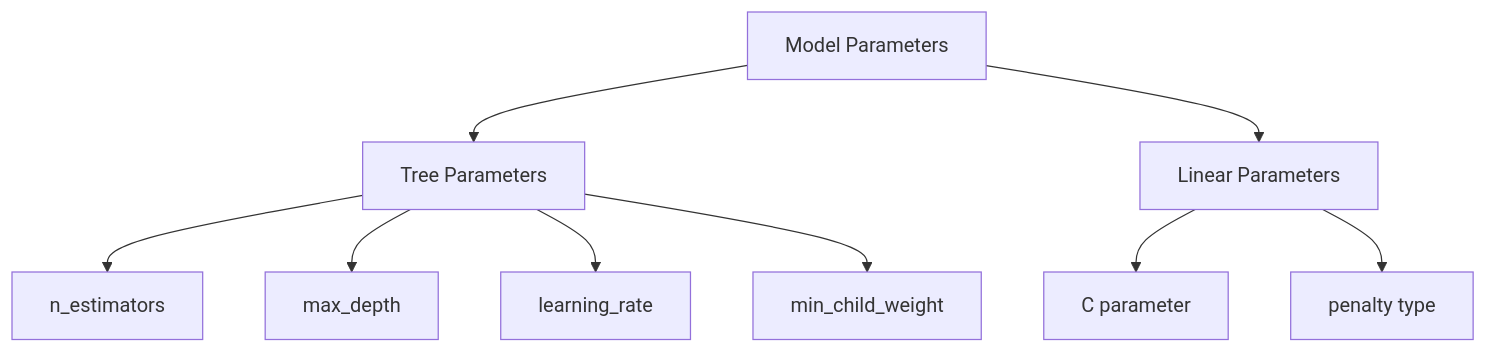
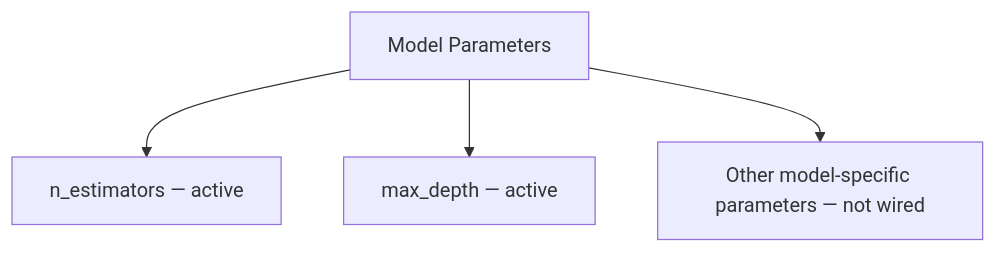
One commit to Evintkoo/2048-ml changed the second of 4 diagrams in plans/05-Model/03-Hyperparameter-Optimization/02-search-space.md. Above: the diagram before and after it, drawn with Mermaid. The commit also changed other lines of this file and 67 other files, not shown here.

````diff
--- a/plans/05-Model/03-Hyperparameter-Optimization/02-search-space.md
+++ b/plans/05-Model/03-Hyperparameter-Optimization/02-search-space.md
@@ -56,14 +37,7 @@
 ```mermaid
 flowchart TB
     MP[Model Parameters]
-    MP --> TreeP[Tree Parameters]
-    MP --> LinP[Linear Parameters]
-    
-    TreeP --> NT[n_estimators]
-    TreeP --> MD[max_depth]
-    TreeP --> LR[learning_rate]
-    TreeP --> SW[min_child_weight]
-    
-    LinP --> C[C parameter]
-    LinP --> PT[penalty type]
+    MP --> NT[n_estimators — active]
+    MP --> MD[max_depth — active]
+    MP --> Future[Other model-specific parameters — not wired]
 ```
````
